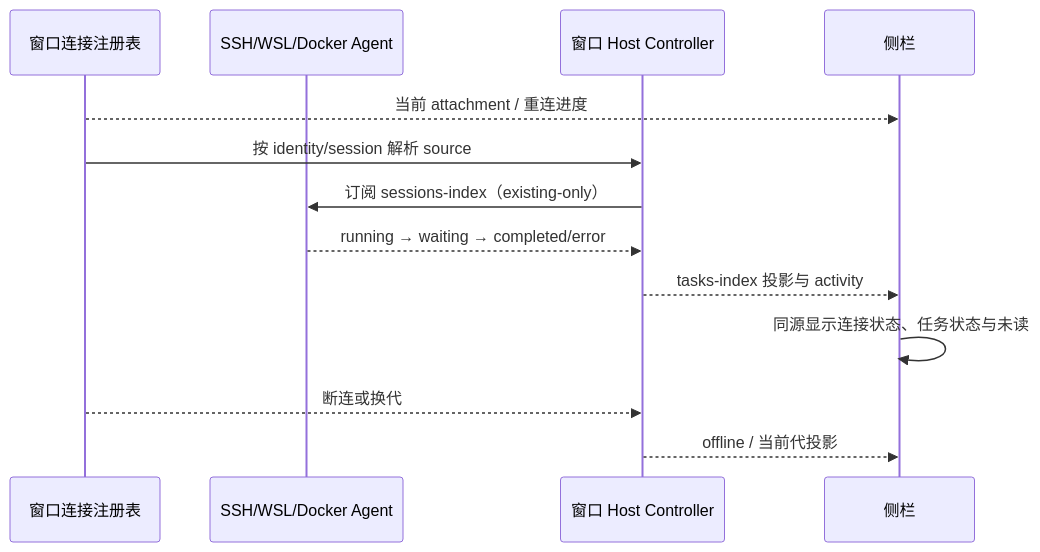
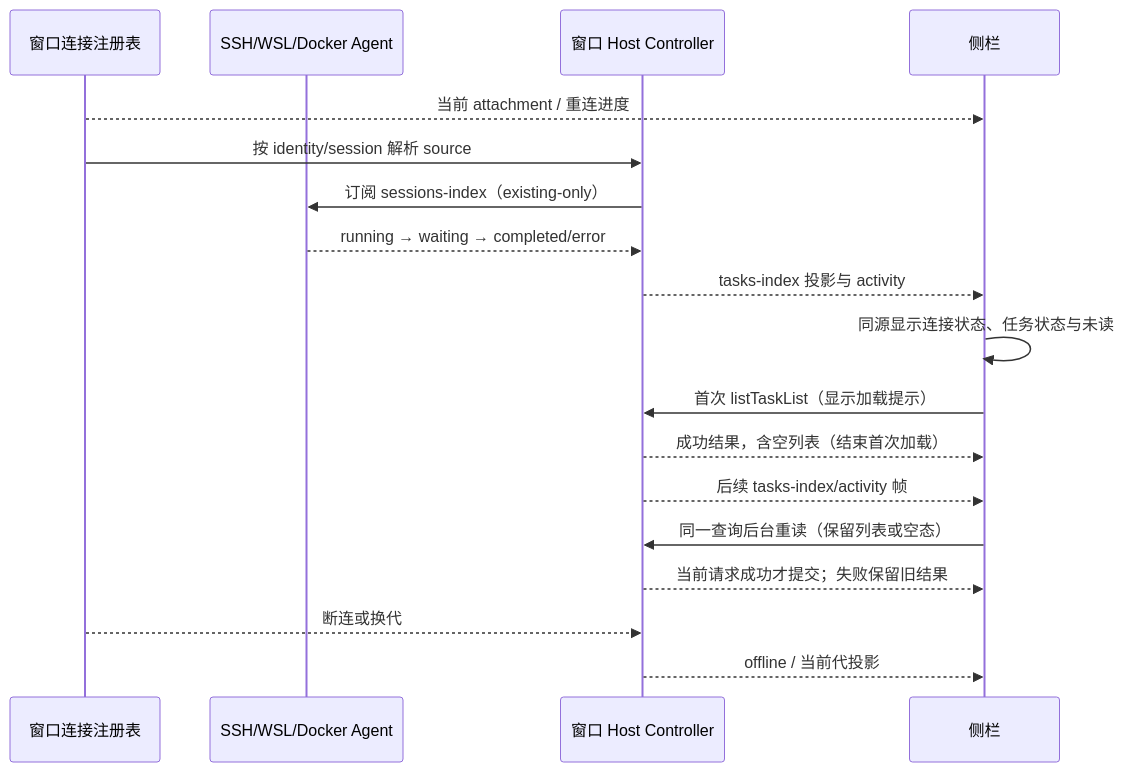
The diagram in specs/remote-workspace-status-visibility.md (lemonllhon/Code), drawn with Mermaid before and after one commit. The commit also changed other lines of this file and 3 other files, not shown here.

````diff
--- a/specs/remote-workspace-status-visibility.md
+++ b/specs/remote-workspace-status-visibility.md
@@ -24,15 +27,20 @@
 ```mermaid
 sequenceDiagram
   participant Registry as 窗口连接注册表
   participant Agent as SSH/WSL/Docker Agent
   participant Controller as 窗口 Host Controller
   participant UI as 侧栏
   Registry-->>UI: 当前 attachment / 重连进度
   Registry->>Controller: 按 identity/session 解析 source
   Controller->>Agent: 订阅 sessions-index（existing-only）
   Agent-->>Controller: running → waiting → completed/error
   Controller-->>UI: tasks-index 投影与 activity
   UI->>UI: 同源显示连接状态、任务状态与未读
+  UI->>Controller: 首次 listTaskList（显示加载提示）
+  Controller-->>UI: 成功结果，含空列表（结束首次加载）
+  Controller-->>UI: 后续 tasks-index/activity 帧
+  UI->>Controller: 同一查询后台重读（保留列表或空态）
+  Controller-->>UI: 当前请求成功才提交；失败保留旧结果
   Registry-->>Controller: 断连或换代
   Controller-->>UI: offline / 当前代投影
 ```
````
